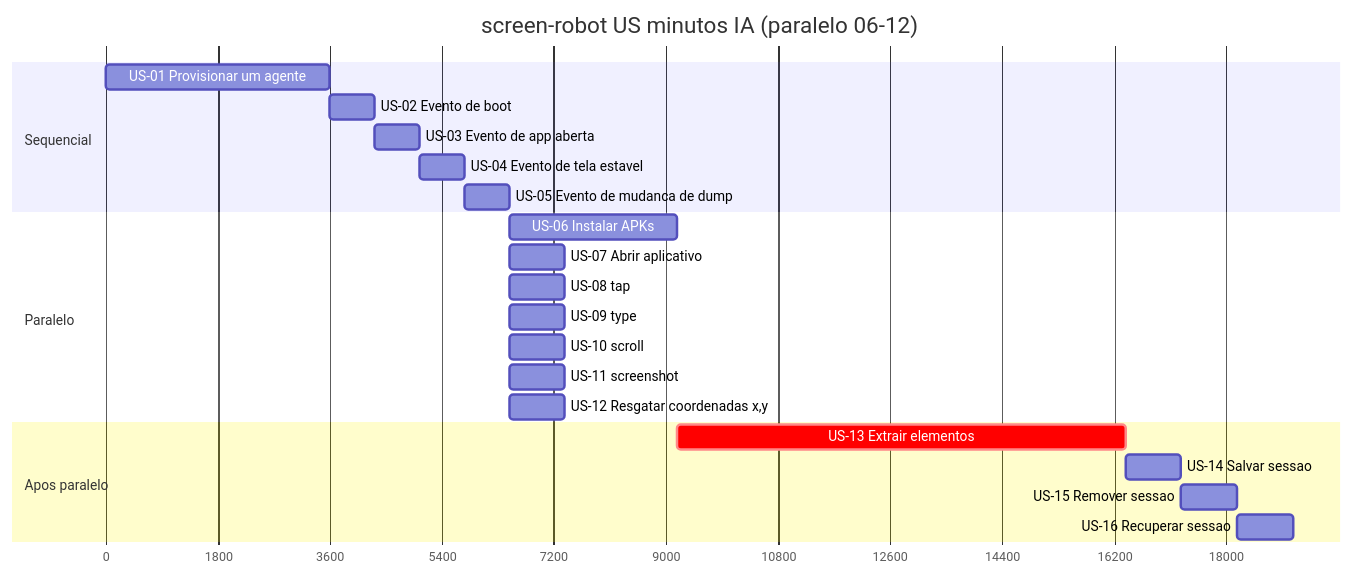
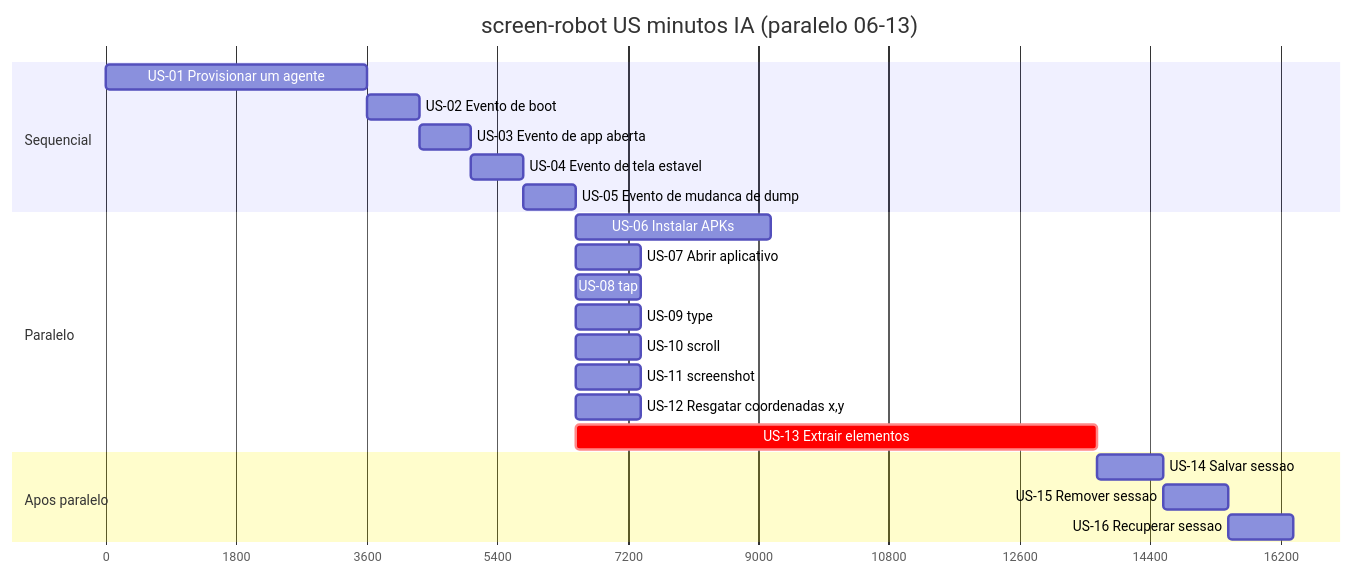
The diagram in connectmax/screen-robot/docs/tasks.md (laerciogermano/workstation), drawn with Mermaid before and after one commit. The commit also changed other lines of this file, not shown here.

Commit message:
Coloca US-13 em paralelo a US-06 no Gantt (caminho crítico 273 min).

````diff
--- a/connectmax/screen-robot/docs/tasks.md
+++ b/connectmax/screen-robot/docs/tasks.md
@@ -62,28 +62,28 @@
 ```mermaid
 gantt
-  title screen-robot US minutos IA (paralelo 06-12)
+  title screen-robot US minutos IA (paralelo 06-13)
   dateFormat X
   axisFormat %s
 
   section Sequencial
   US-01 Provisionar um agente           :us01, 0, 60m
   US-02 Evento de boot                  :us02, after us01, 12m
   US-03 Evento de app aberta            :us03, after us02, 12m
   US-04 Evento de tela estavel          :us04, after us03, 12m
   US-05 Evento de mudanca de dump       :us05, after us04, 12m
 
   section Paralelo
   US-06 Instalar APKs                   :us06, after us05, 45m
   US-07 Abrir aplicativo                :us07, after us05, 15m
   US-08 tap                             :us08, after us05, 15m
   US-09 type                            :us09, after us05, 15m
   US-10 scroll                          :us10, after us05, 15m
   US-11 screenshot                      :us11, after us05, 15m
   US-12 Resgatar coordenadas x,y        :us12, after us05, 15m
+  US-13 Extrair elementos               :crit, us13, after us05, 120m
 
   section Apos paralelo
-  US-13 Extrair elementos               :crit, us13, after us06, 120m
   US-14 Salvar sessao                   :us14, after us13, 15m
   US-15 Remover sessao                  :us15, after us14, 15m
   US-16 Recuperar sessao                :us16, after us15, 15m
 ```
````
